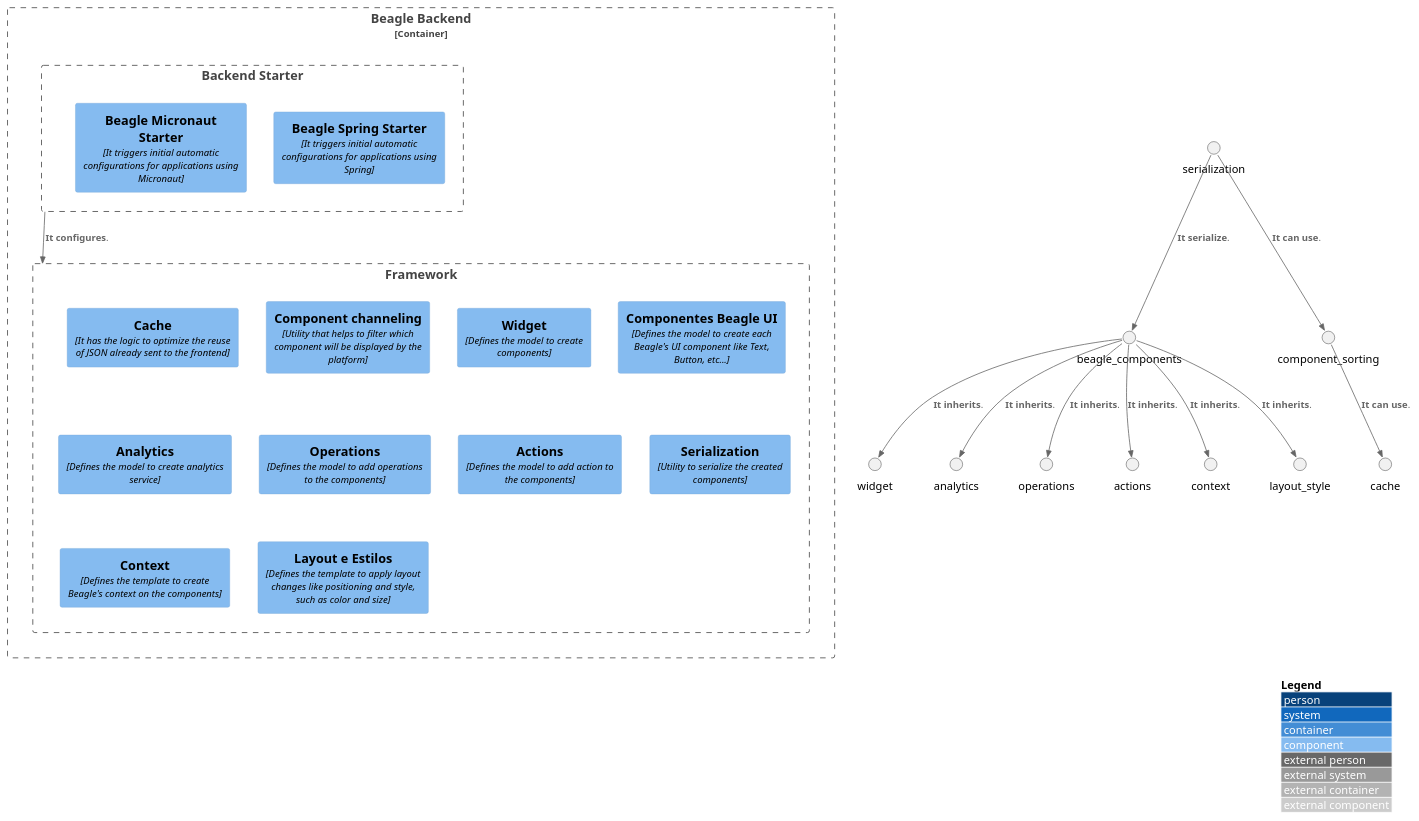
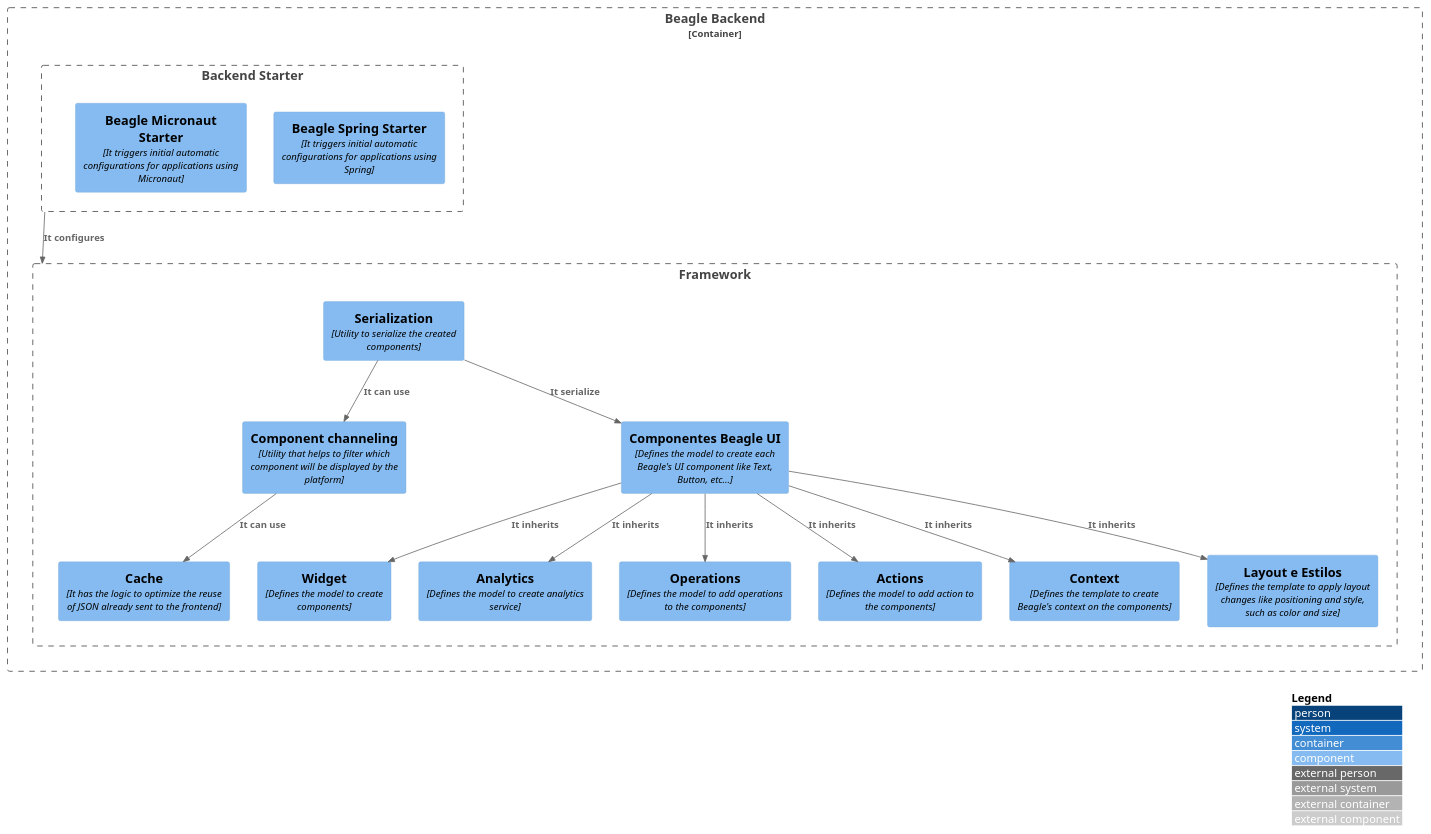
One commit to ZupIT/beagle-c4model changed the diagram in en/src/C3 -  Component/Beagle Backend/c3.puml. Above: the diagram before and after it, drawn with PlantUML. The commit also changed 5 other files, not shown here.

Commit message:
Fixes typo in diagrams code

```diff
--- a/en/src/C3 -  Component/Beagle Backend/c3.puml
+++ b/en/src/C3 -  Component/Beagle Backend/c3.puml
@@ -1,38 +1,38 @@
 @startuml c2
 !include https://raw.githubusercontent.com/adrianvlupu/C4-PlantUML/latest/C4_Component.puml
 LAYOUT_WITH_LEGEND()
 
 Container_Boundary(beagle_backend, "Beagle Backend"){
 
   Boundary(backend_starter, "Backend Starter"){
-    Component(backend_starter_spring, "Beagle Spring Starter", "It triggers initial automatic configurations for applications using Spring").
-    Component(backend_starter_micronaut, "Beagle Micronaut Starter", "It triggers initial automatic configurations for applications using Micronaut").
+    Component(backend_starter_spring, "Beagle Spring Starter", "It triggers initial automatic configurations for applications using Spring")
+    Component(backend_starter_micronaut, "Beagle Micronaut Starter", "It triggers initial automatic configurations for applications using Micronaut")
   }
 
   Boundary(framework, "Framework"){
-    Component(cache, "Cache", "It has the logic to optimize the reuse of JSON already sent to the frontend").
-    Component(component_sorting, "Component channeling", "Utility that helps to filter which component will be displayed by the platform").
-    Component(widget, "Widget", "Defines the model to create components").
-    Component(beagle_components, "Componentes Beagle UI", "Defines the model to create each Beagle's UI component like Text, Button, etc...").
-    Component(analytics, "Analytics", "Defines the model to create analytics service").
-    Component(operations, "Operations", "Defines the model to add operations to the components").
-    Component(actions, "Actions", "Defines the model to add action to the components").
-    Component(serialization, "Serialization", "Utility to serialize the created components").
-    Component(context, "Context", "Defines the template to create Beagle's context on the components").
-    Component(layout_style, "Layout e Estilos", "Defines the template to apply layout changes like positioning and style, such as color and size").
+    Component(cache, "Cache", "It has the logic to optimize the reuse of JSON already sent to the frontend")
+    Component(component_sorting, "Component channeling", "Utility that helps to filter which component will be displayed by the platform")
+    Component(widget, "Widget", "Defines the model to create components")
+    Component(beagle_components, "Componentes Beagle UI", "Defines the model to create each Beagle's UI component like Text, Button, etc...")
+    Component(analytics, "Analytics", "Defines the model to create analytics service")
+    Component(operations, "Operations", "Defines the model to add operations to the components")
+    Component(actions, "Actions", "Defines the model to add action to the components")
+    Component(serialization, "Serialization", "Utility to serialize the created components")
+    Component(context, "Context", "Defines the template to create Beagle's context on the components")
+    Component(layout_style, "Layout e Estilos", "Defines the template to apply layout changes like positioning and style, such as color and size")
   }
 }
 
-Rel(backend_starter,framework, "It configures").
+Rel(backend_starter,framework, "It configures")
 
-Rel(serialization, beagle_components, "It serialize").
-Rel(serialization, component_sorting, "It can use").
-Rel(component_sorting, cache, "It can use").
-Rel(beagle_components,widget, "It inherits").
-Rel(beagle_components,analytics, "It inherits").
-Rel(beagle_components,operations, "It inherits").
-Rel(beagle_components,actions, "It inherits").
-Rel(beagle_components,context, "It inherits").
-Rel(beagle_components,layout_style, "It inherits").
+Rel(serialization, beagle_components, "It serialize")
+Rel(serialization, component_sorting, "It can use")
+Rel(component_sorting, cache, "It can use")
+Rel(beagle_components,widget, "It inherits")
+Rel(beagle_components,analytics, "It inherits")
+Rel(beagle_components,operations, "It inherits")
+Rel(beagle_components,actions, "It inherits")
+Rel(beagle_components,context, "It inherits")
+Rel(beagle_components,layout_style, "It inherits")
 
 @enduml
```
